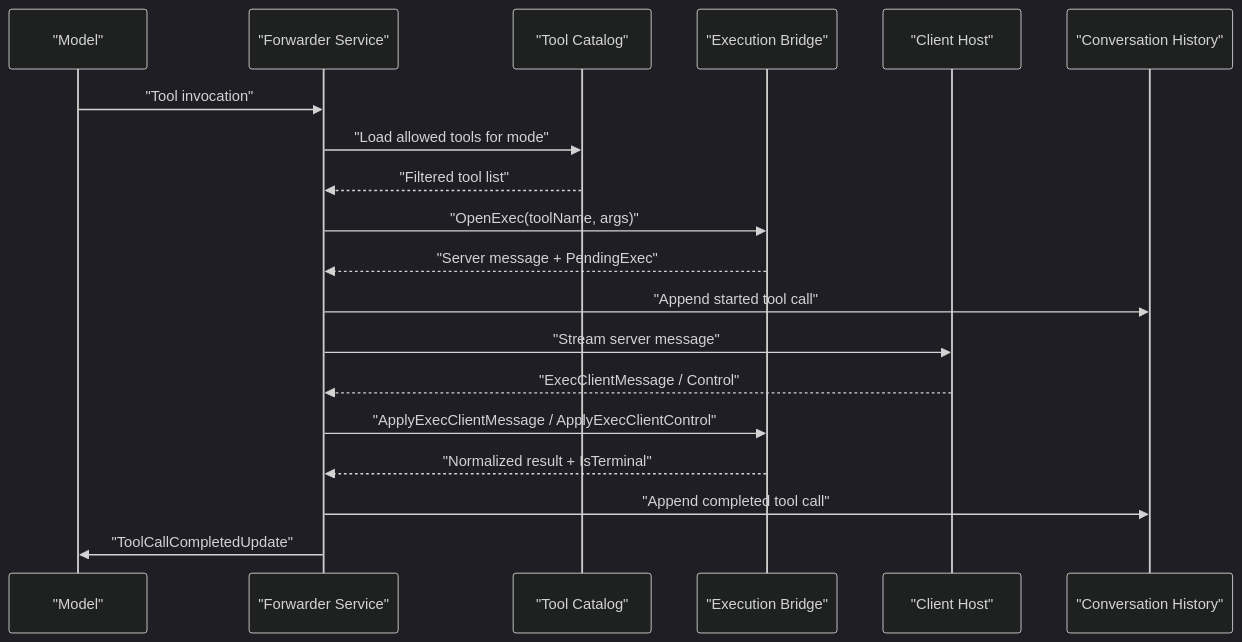
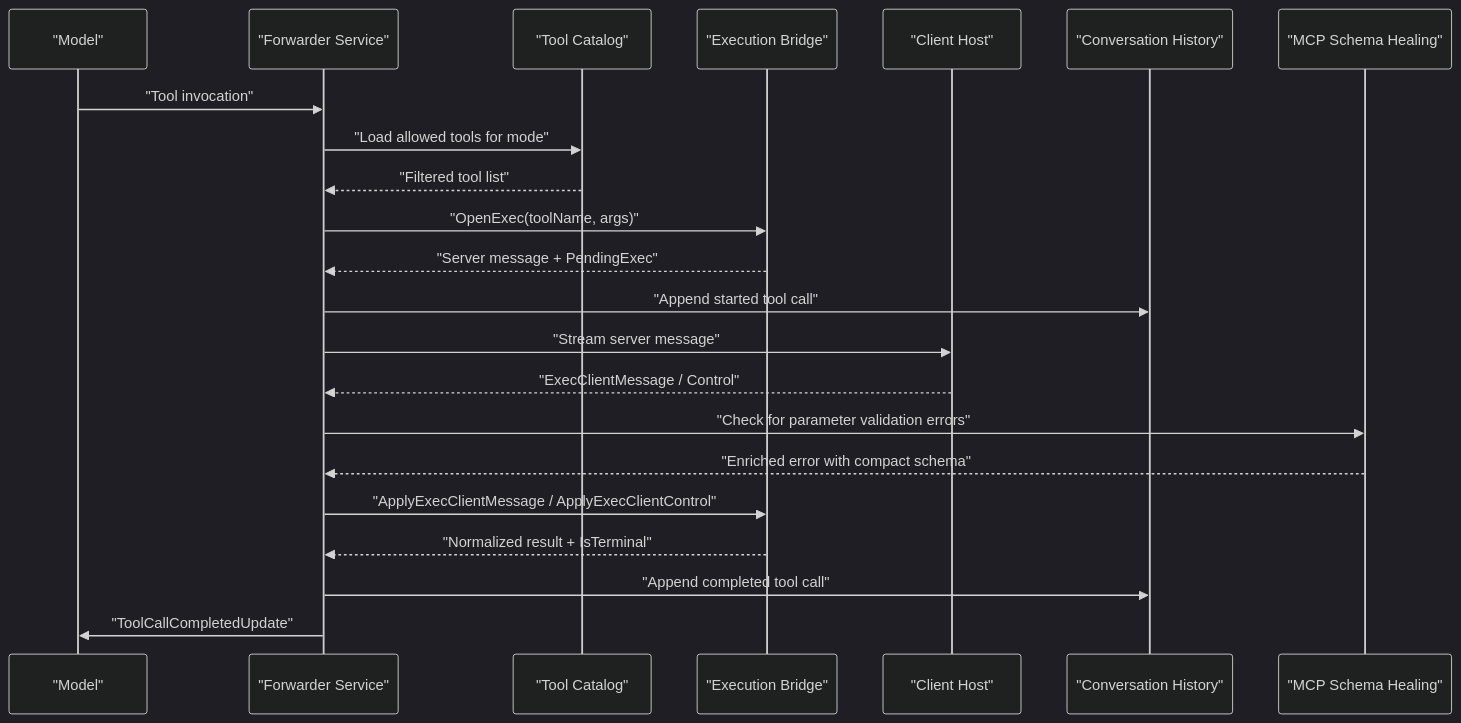
One commit to philau2512/cursor-byok-go-v2 changed the second of 9 diagrams in .qoder/repowiki/en/content/Agent Protocol Support/Tool Execution Engine.md. Above: the diagram before and after it, drawn with Mermaid (dark theme). The commit also changed other lines of this file and 9 other files, not shown here.

First line of the commit message:
feat(mcp): enhance MCP schema discovery and error recovery

````diff
--- a/.qoder/repowiki/en/content/Agent Protocol Support/Tool Execution Engine.md
+++ b/.qoder/repowiki/en/content/Agent Protocol Support/Tool Execution Engine.md
@@ -87,21 +108,24 @@
 ```mermaid
 sequenceDiagram
 participant Model as "Model"
 participant Forwarder as "Forwarder Service"
 participant Catalog as "Tool Catalog"
 participant Bridge as "Execution Bridge"
 participant Client as "Client Host"
 participant History as "Conversation History"
+participant SchemaHeal as "MCP Schema Healing"
 Model->>Forwarder : "Tool invocation"
 Forwarder->>Catalog : "Load allowed tools for mode"
 Catalog-->>Forwarder : "Filtered tool list"
 Forwarder->>Bridge : "OpenExec(toolName, args)"
 Bridge-->>Forwarder : "Server message + PendingExec"
 Forwarder->>History : "Append started tool call"
 Forwarder->>Client : "Stream server message"
 Client-->>Forwarder : "ExecClientMessage / Control"
+Forwarder->>SchemaHeal : "Check for parameter validation errors"
+SchemaHeal-->>Forwarder : "Enriched error with compact schema"
 Forwarder->>Bridge : "ApplyExecClientMessage / ApplyExecClientControl"
 Bridge-->>Forwarder : "Normalized result + IsTerminal"
 Forwarder->>History : "Append completed tool call"
 Forwarder->>Model : "ToolCallCompletedUpdate"
 ```
````
